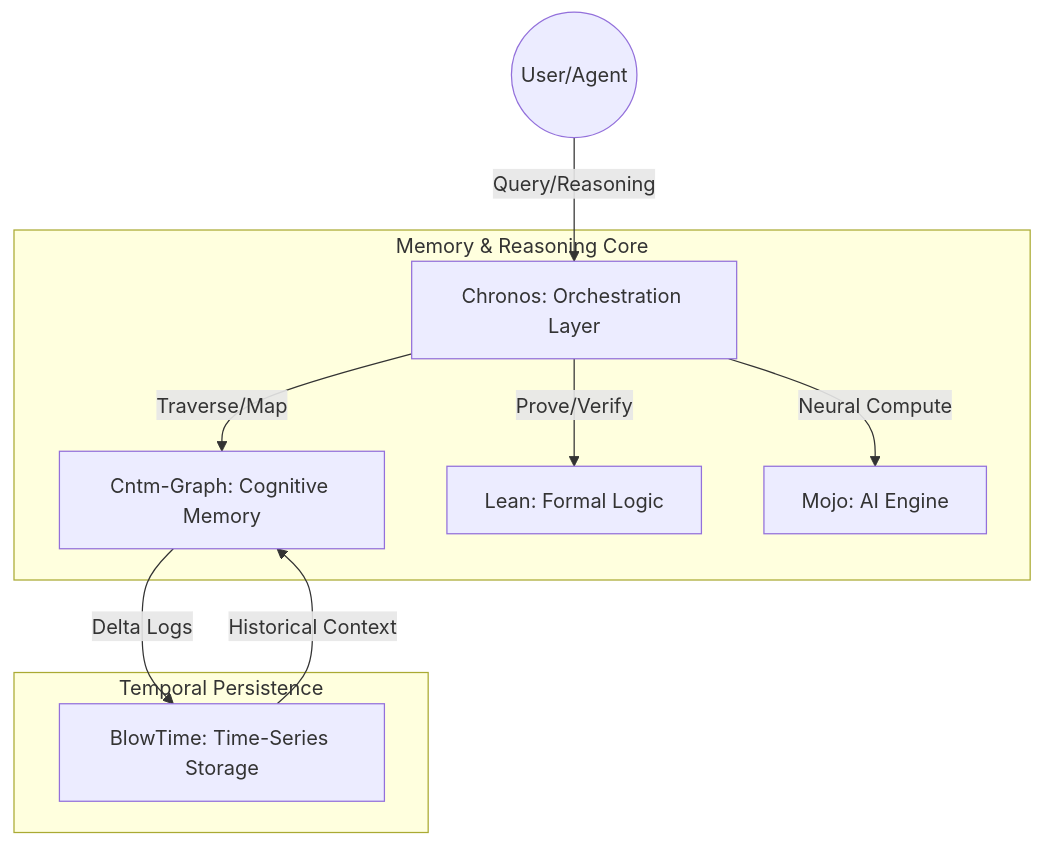
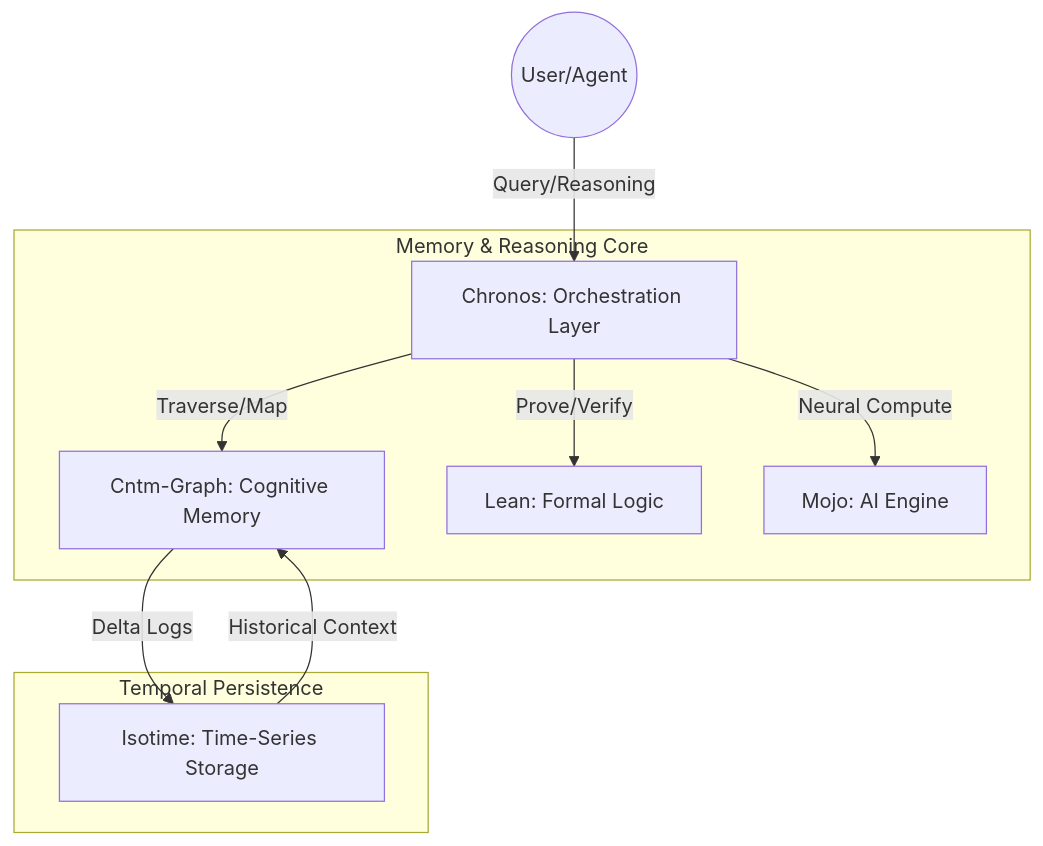
Before and after one commit to cntm-labs/chronos: the diagram in ARCHITECTURE.md, drawn with Mermaid. The commit also changed other lines of this file and 31 other files, not shown here.

````diff
--- a/ARCHITECTURE.md
+++ b/ARCHITECTURE.md
@@ -8,13 +8,13 @@
 ```mermaid
 graph TD
     User((User/Agent)) -->|Query/Reasoning| Chronos[Chronos: Orchestration Layer]
     subgraph "Memory & Reasoning Core"
         Chronos -->|Traverse/Map| Cntm-Graph[Cntm-Graph: Cognitive Memory]
         Chronos -->|Prove/Verify| Lean[Lean: Formal Logic]
         Chronos -->|Neural Compute| Mojo[Mojo: AI Engine]
     end
     subgraph "Temporal Persistence"
-        Cntm-Graph -->|Delta Logs| BlowTime[BlowTime: Time-Series Storage]
-        BlowTime -->|Historical Context| Cntm-Graph
+        Cntm-Graph -->|Delta Logs| Isotime[Isotime: Time-Series Storage]
+        Isotime -->|Historical Context| Cntm-Graph
     end
 ```
````
